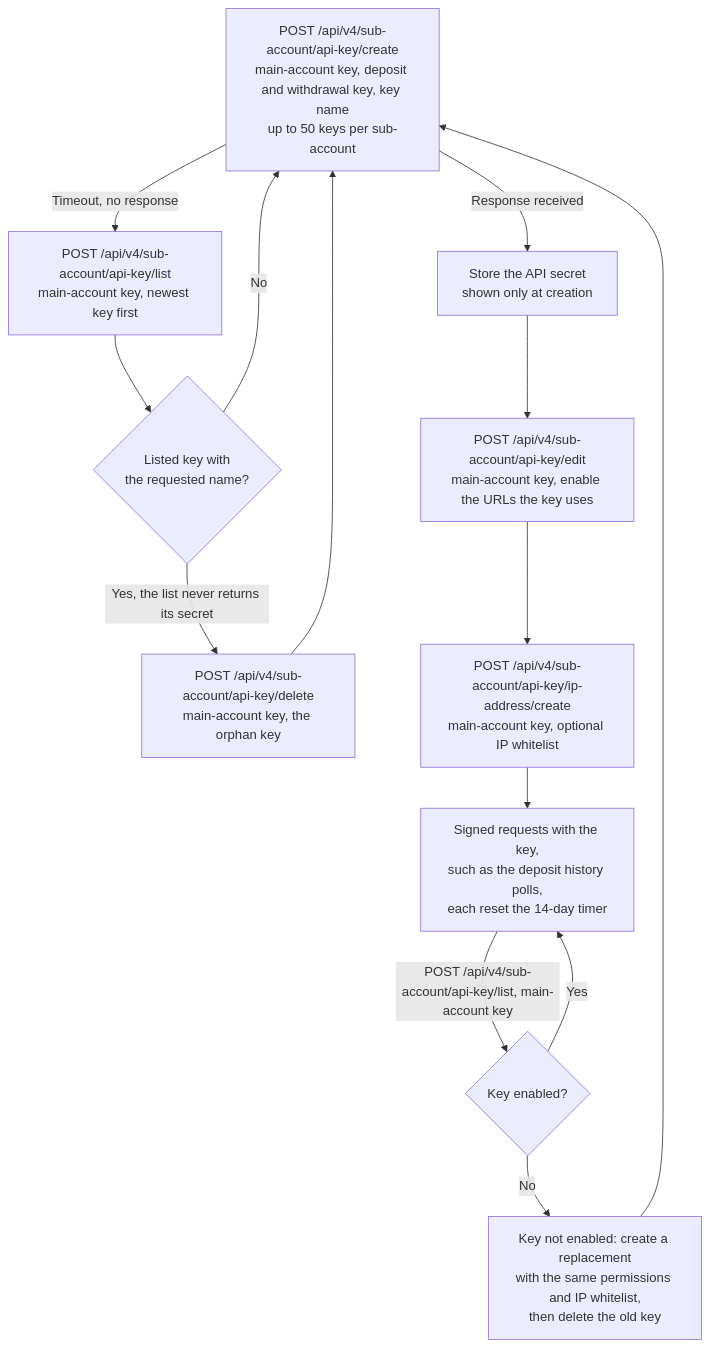
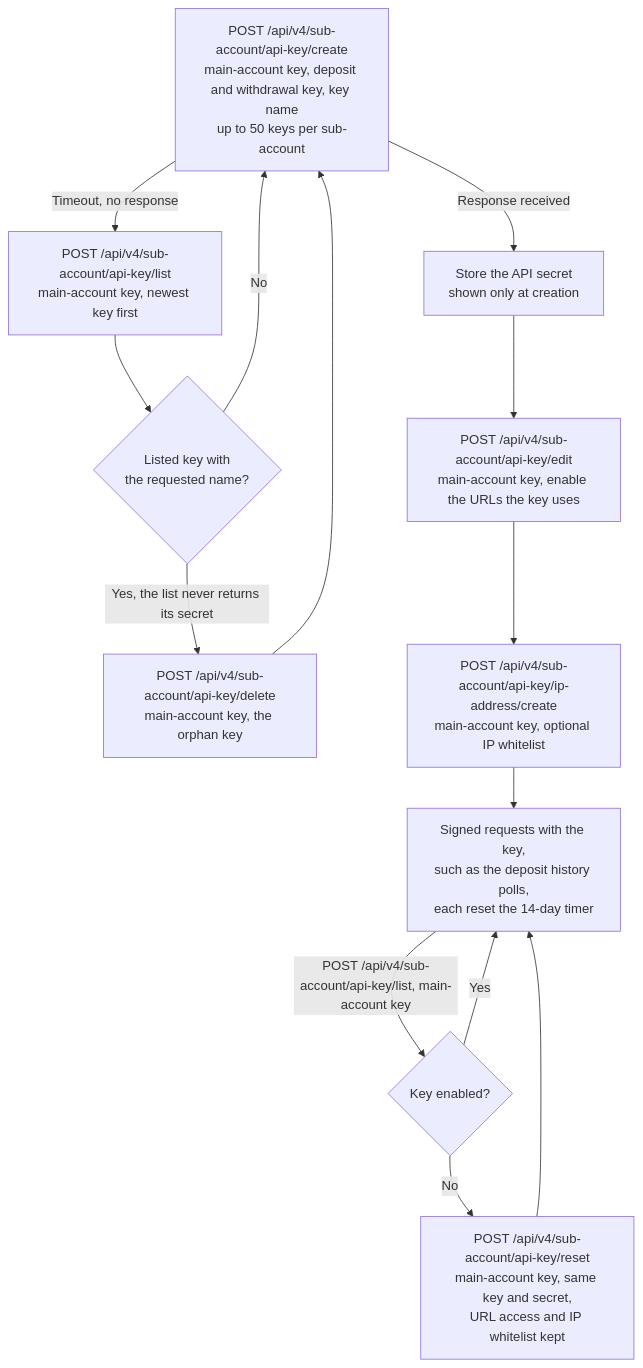
The fifth of 5 diagrams in guides/waas-integration.mdx (whitebit-exchange/docs), drawn with Mermaid before and after one commit. The commit also changed 7 other files, not shown here.

First line of the commit message:
docs(api): describe key reset as re-enabling

````diff
--- a/guides/waas-integration.mdx
+++ b/guides/waas-integration.mdx
@@ -259,17 +259,17 @@
 ```mermaid
 flowchart TD
     Create["POST /api/v4/sub-account/api-key/create<br/>main-account key, deposit and withdrawal key, key name<br/>up to 50 keys per sub-account"]
     Create -->|"Response received"| Store["Store the API secret<br/>shown only at creation"]
     Create -->|"Timeout, no response"| Find["POST /api/v4/sub-account/api-key/list<br/>main-account key, newest key first"]
     Find --> Found{"Listed key with<br/>the requested name?"}
     Found -->|"Yes, the list never returns its secret"| Orphan["POST /api/v4/sub-account/api-key/delete<br/>main-account key, the orphan key"]
     Found -->|"No"| Create
     Orphan --> Create
     Store --> Urls["POST /api/v4/sub-account/api-key/edit<br/>main-account key, enable the URLs the key uses"]
     Urls --> Ip["POST /api/v4/sub-account/api-key/ip-address/create<br/>main-account key, optional IP whitelist"]
     Ip --> Use["Signed requests with the key,<br/>such as the deposit history polls,<br/>each reset the 14-day timer"]
     Use -->|"POST /api/v4/sub-account/api-key/list, main-account key"| Check{"Key enabled?"}
     Check -->|"Yes"| Use
-    Check -->|"No"| Replace["Key not enabled: create a replacement<br/>with the same permissions and IP whitelist,<br/>then delete the old key"]
-    Replace --> Create
+    Check -->|"No"| Reset["POST /api/v4/sub-account/api-key/reset<br/>main-account key, same key and secret,<br/>URL access and IP whitelist kept"]
+    Reset --> Use
 ```
````
